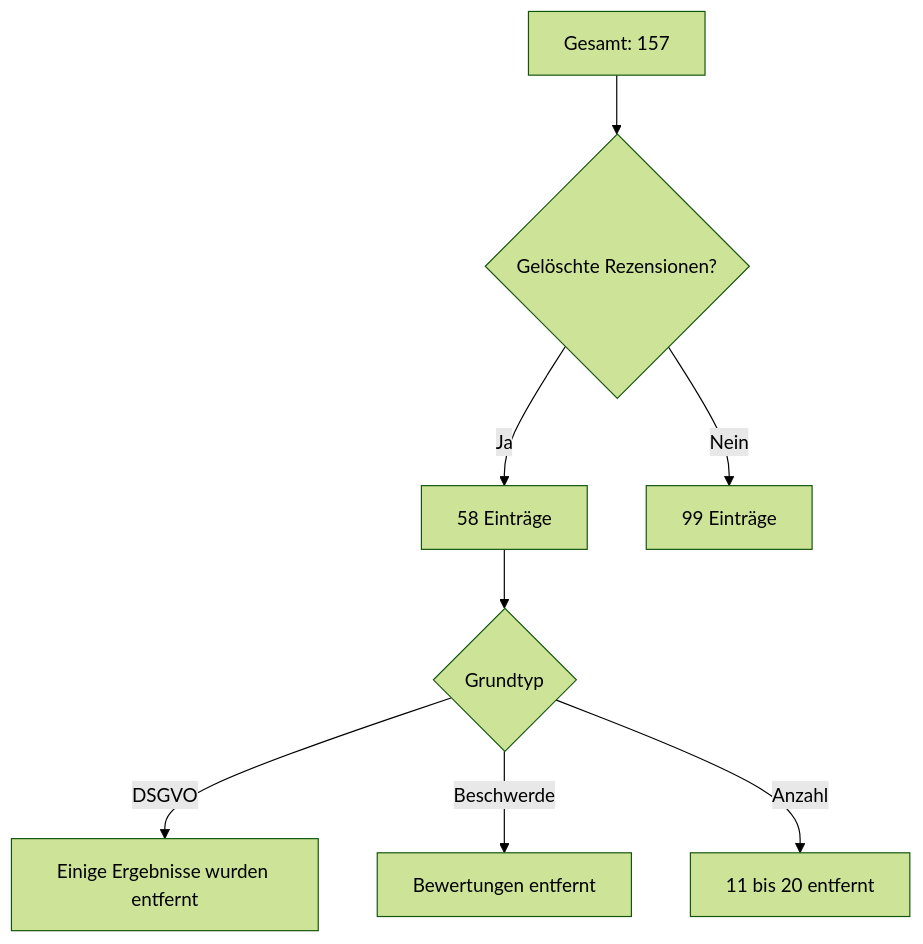
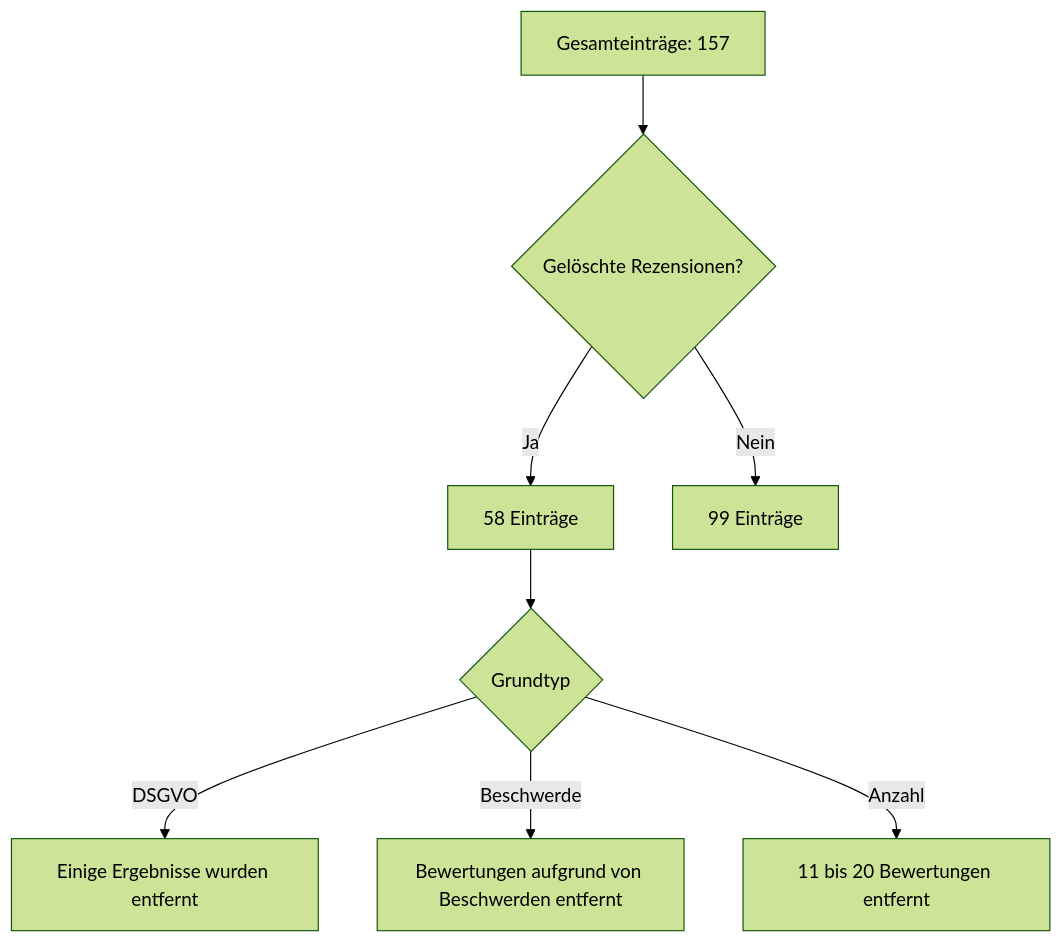
Before and after one commit to ModernAmusements/MA-Blog: diagram 12 of 13 in content/blog/review-proof.de.mdx, drawn with Mermaid (forest theme). The commit also changed other lines of this file and 1 other file, not shown here.

````diff
--- a/content/blog/review-proof.de.mdx
+++ b/content/blog/review-proof.de.mdx
@@ -506,10 +584,10 @@
 ```mermaid
 flowchart TD
-    A[Gesamt: 157] --> B{Gelöschte Rezensionen?}
+    A[Gesamteinträge: 157] --> B{Gelöschte Rezensionen?}
     B -->|Ja| C[58 Einträge]
     B -->|Nein| D[99 Einträge]
     C --> E{Grundtyp}
     E -->|DSGVO| F["Einige Ergebnisse wurden entfernt"]
-    E -->|Beschwerde| G["Bewertungen entfernt"]
-    E -->|Anzahl| H["11 bis 20 entfernt"]
+    E -->|Beschwerde| G["Bewertungen aufgrund von Beschwerden entfernt"]
+    E -->|Anzahl| H["11 bis 20 Bewertungen entfernt"]
 ```
````
